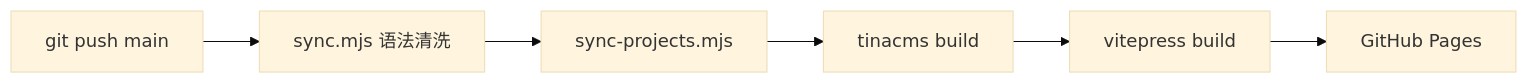
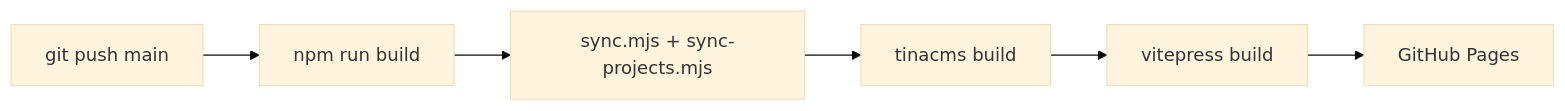
The diagram in README.md (K-zhaochao/Draven-Blogs), drawn with Mermaid (base theme) before and after one commit. The commit also changed other lines of this file and 3 other files, not shown here.

````diff
--- a/README.md
+++ b/README.md
@@ -124,8 +138,8 @@
 ```mermaid
 graph LR
-    A[git push main] --> B[sync.mjs 语法清洗]
-    B --> C[sync-projects.mjs]
+    A[git push main] --> B[npm run build]
+    B --> C[sync.mjs + sync-projects.mjs]
     C --> D[tinacms build]
     D --> E[vitepress build]
     E --> F[GitHub Pages]
 ```
````
